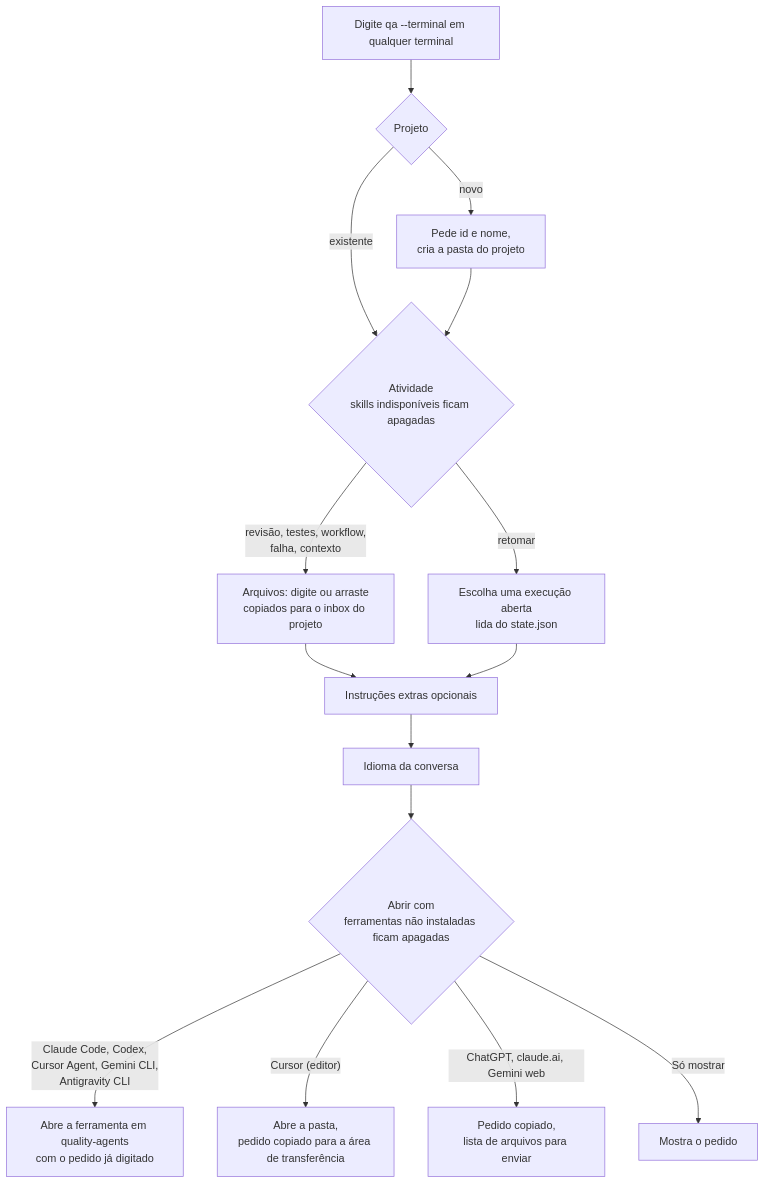
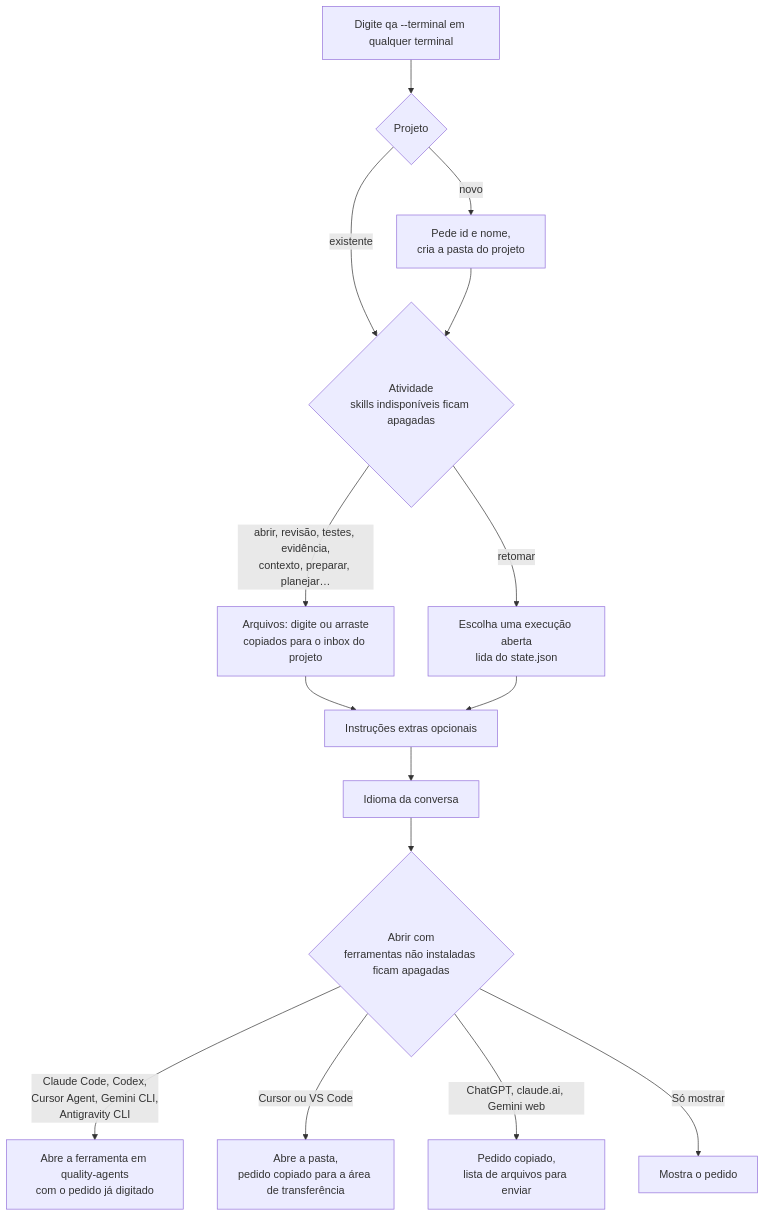
The second of 10 diagrams in README.pt-BR.md (MagnoSz/quality-agents), drawn with Mermaid before and after one commit. The commit also changed other lines of this file and 23 other files, not shown here.

````diff
--- a/README.pt-BR.md
+++ b/README.pt-BR.md
@@ -281,17 +293,17 @@
 ```mermaid
 flowchart TD
   START["Digite qa --terminal em qualquer terminal"] --> P{"Projeto"}
   P -->|existente| A
   P -->|novo| NP["Pede id e nome,<br/>cria a pasta do projeto"]
   NP --> A{"Atividade<br/>skills indisponíveis ficam apagadas"}
-  A -->|"revisão, testes, workflow,<br/>falha, contexto"| F["Arquivos: digite ou arraste<br/>copiados para o inbox do projeto"]
+  A -->|"abrir, revisão, testes, evidência,<br/>contexto, preparar, planejar…"| F["Arquivos: digite ou arraste<br/>copiados para o inbox do projeto"]
   A -->|"retomar"| RUN["Escolha uma execução aberta<br/>lida do state.json"]
   F --> N["Instruções extras opcionais"]
   RUN --> N
   N --> L["Idioma da conversa"]
   L --> T{"Abrir com<br/>ferramentas não instaladas ficam apagadas"}
   T -->|"Claude Code, Codex,<br/>Cursor Agent, Gemini CLI,<br/>Antigravity CLI"| OPEN["Abre a ferramenta em quality-agents<br/>com o pedido já digitado"]
-  T -->|"Cursor (editor)"| CUR["Abre a pasta,<br/>pedido copiado para a área de transferência"]
+  T -->|"Cursor ou VS Code"| CUR["Abre a pasta,<br/>pedido copiado para a área de transferência"]
   T -->|"ChatGPT, claude.ai, Gemini web"| CHAT["Pedido copiado,<br/>lista de arquivos para enviar"]
   T -->|"Só mostrar"| SHOW["Mostra o pedido"]
 ```
````
